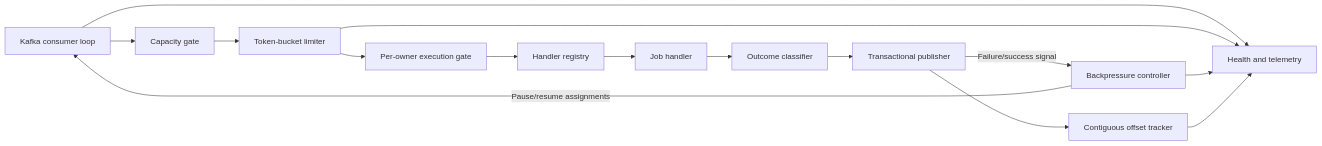
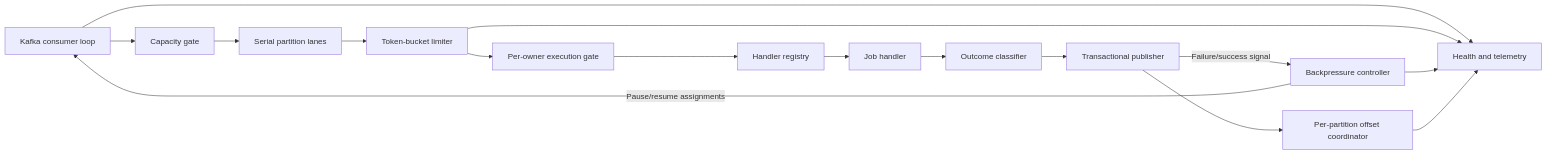
Before and after one commit to spakai/job_scheduling_simulation: the third of 8 diagrams in specs/006-kafka-pull-job-scheduler/arc42.md, drawn with Mermaid. The commit also changed other lines of this file, not shown here.

Commit message:
docs: define partition-lane commit architecture

````diff
--- a/specs/006-kafka-pull-job-scheduler/arc42.md
+++ b/specs/006-kafka-pull-job-scheduler/arc42.md
@@ -182,23 +182,24 @@
 ```mermaid
 flowchart LR
     consumer["Kafka consumer loop"]
     capacity["Capacity gate"]
+    lanes["Serial partition lanes"]
     limiter["Token-bucket limiter"]
     ownerGate["Per-owner execution gate"]
     registry["Handler registry"]
     handler["Job handler"]
     outcome["Outcome classifier"]
     publisher["Transactional publisher"]
-    offsets["Contiguous offset tracker"]
+    offsets["Per-partition offset coordinator"]
     pressure["Backpressure controller"]
     health["Health and telemetry"]
 
-    consumer --> capacity --> limiter --> ownerGate --> registry --> handler --> outcome
+    consumer --> capacity --> lanes --> limiter --> ownerGate --> registry --> handler --> outcome
     outcome --> publisher --> offsets
     publisher -->|"Failure/success signal"| pressure
     pressure -->|"Pause/resume assignments"| consumer
     consumer --> health
     limiter --> health
     pressure --> health
     offsets --> health
 ```
````
